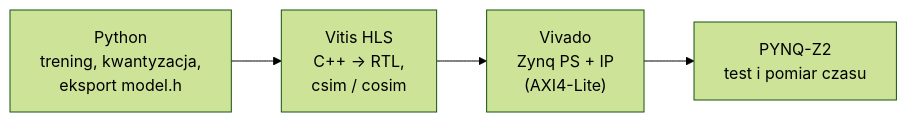
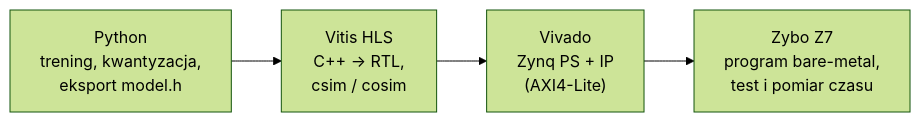
Before and after one commit to Sirkorn707/esl-tree-project: the diagram in README.md, drawn with Mermaid (forest theme). The commit also changed other lines of this file and 4 other files, not shown here.

Commit message:
PYNQ -> ZYBO

````diff
--- a/README.md
+++ b/README.md
@@ -71,6 +71,6 @@
 ```mermaid
 flowchart LR
     A["Python<br/>trening, kwantyzacja,<br/>eksport model.h"] --> B["Vitis HLS<br/>C++ → RTL,<br/>csim / cosim"]
     B --> C["Vivado<br/>Zynq PS + IP<br/>(AXI4-Lite)"]
-    C --> D["PYNQ-Z2<br/>test i pomiar czasu"]
+    C --> D["Zybo Z7<br/>program bare-metal,<br/>test i pomiar czasu"]
 ```
````
